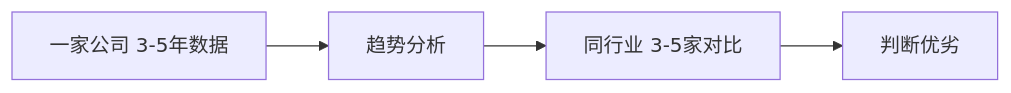
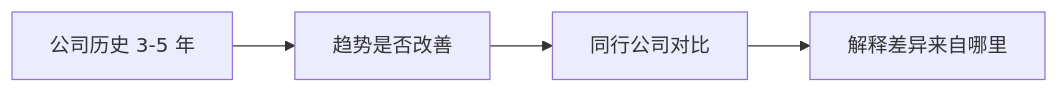
One commit to Cthaat/Obsidian changed the diagram in quant-wiki-notes/入门教程/阶段二-看懂公司与市场/财务比率分析.md. Above: the diagram before and after it, drawn with Mermaid. The commit also changed other lines of this file and 3 other files, not shown here.

````diff
--- a/quant-wiki-notes/入门教程/阶段二-看懂公司与市场/财务比率分析.md
+++ b/quant-wiki-notes/入门教程/阶段二-看懂公司与市场/财务比率分析.md
@@ -66,6 +30,6 @@
 ```mermaid
 graph LR
-    A[一家公司 3-5年数据] --> B[趋势分析]
-    B --> C[同行业 3-5家对比]
-    C --> D[判断优劣]
+    A[公司历史 3-5 年] --> B[趋势是否改善]
+    B --> C[同行公司对比]
+    C --> D[解释差异来自哪里]
 ```
````
